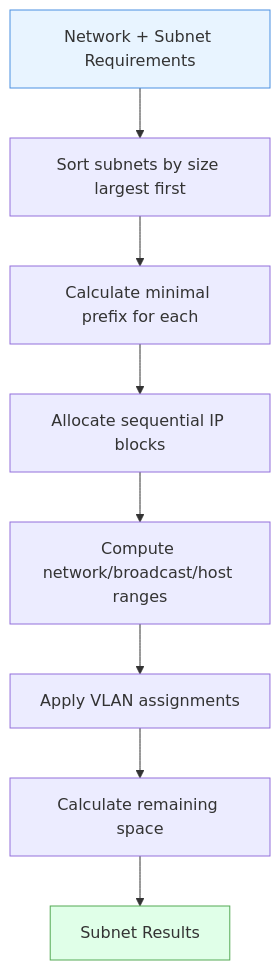
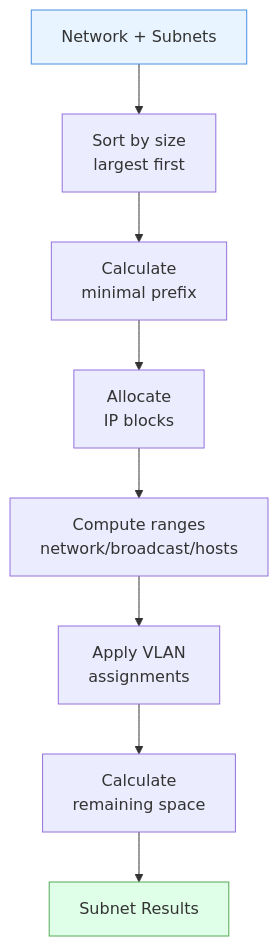
The second of 3 diagrams in README.md (microsoft/IPSubnetPlanner), drawn with Mermaid before and after one commit. The commit also changed other lines of this file, not shown here.

````diff
--- a/README.md
+++ b/README.md
@@ -56,13 +56,13 @@
 ```mermaid
 flowchart TD
-    Start[Network + Subnet Requirements] --> Sort[Sort subnets by size largest first]
-    Sort --> Prefix[Calculate minimal prefix for each]
-    Prefix --> Allocate[Allocate sequential IP blocks]
-    Allocate --> Compute[Compute network/broadcast/host ranges]
-    Compute --> VLAN[Apply VLAN assignments]
-    VLAN --> Remaining[Calculate remaining space]
+    Start[Network + Subnets] --> Sort[Sort by size<br/>largest first]
+    Sort --> Prefix[Calculate<br/>minimal prefix]
+    Prefix --> Allocate[Allocate<br/>IP blocks]
+    Allocate --> Compute[Compute ranges<br/>network/broadcast/hosts]
+    Compute --> VLAN[Apply VLAN<br/>assignments]
+    VLAN --> Remaining[Calculate<br/>remaining space]
     Remaining --> Result[Subnet Results]
     
     style Start fill:#e8f4ff,stroke:#4a90e2
     style Result fill:#e0ffe8,stroke:#55aa55
 ```
````
